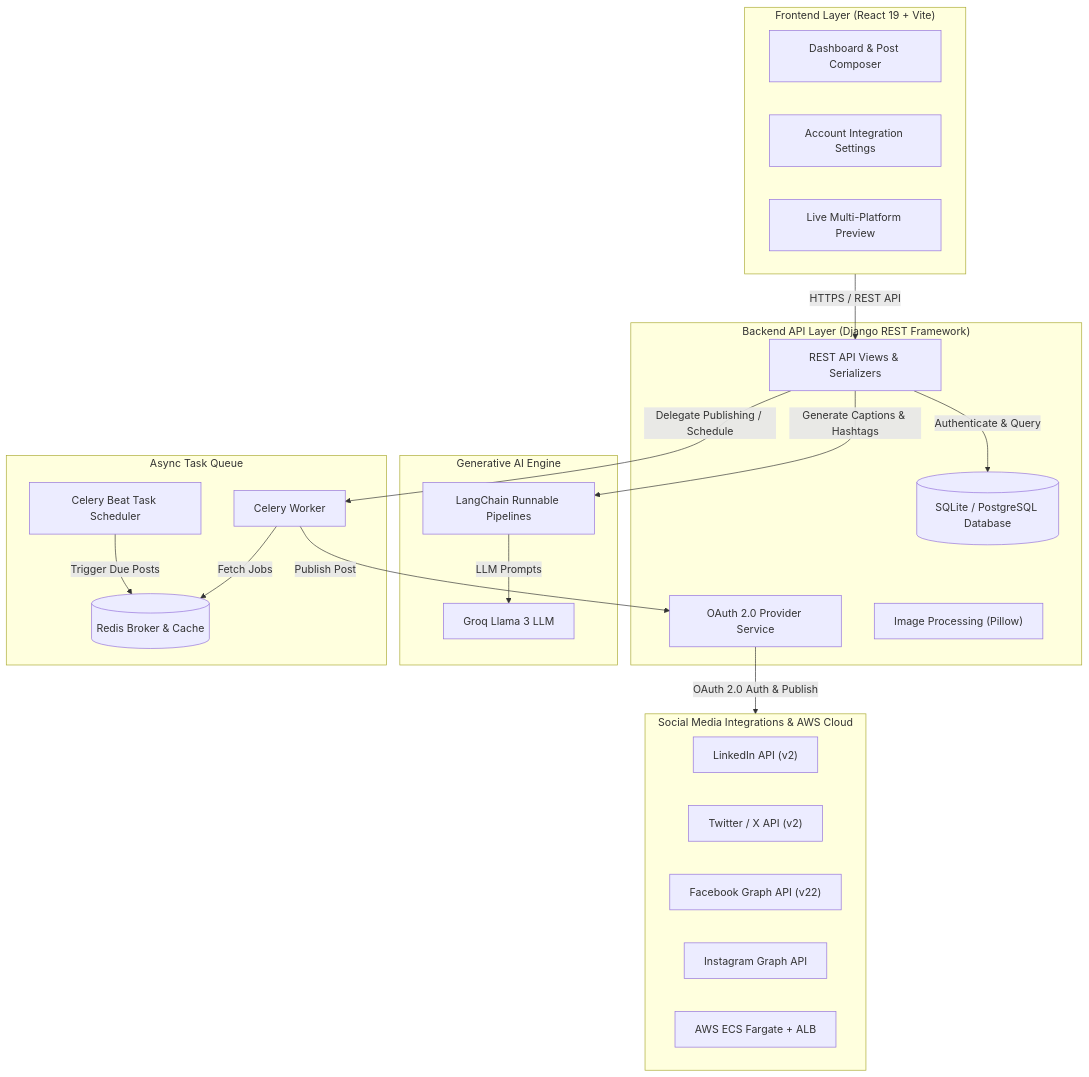
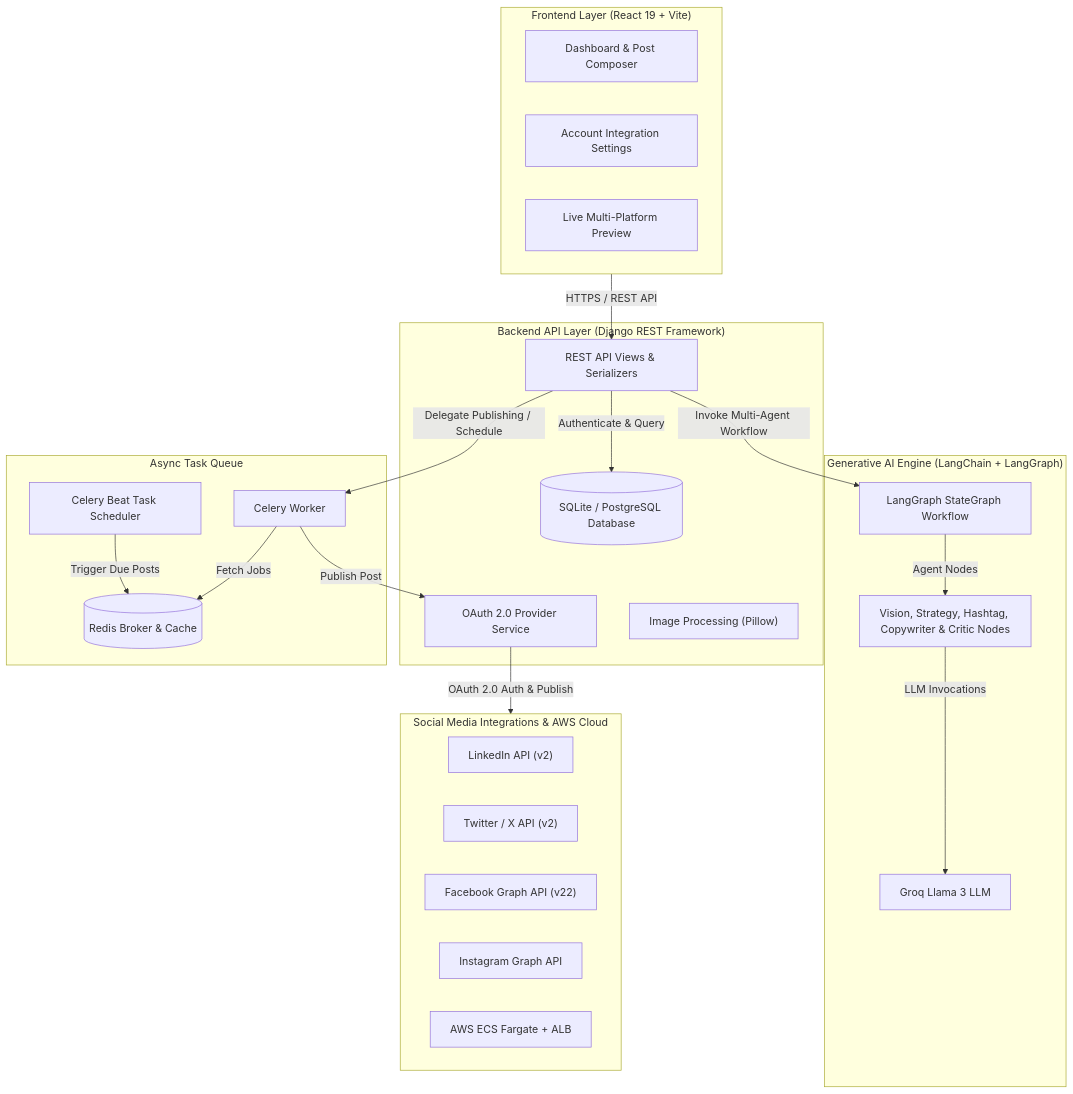
Before and after one commit to vyshnavivissa/SocialMediaAI: the second of 2 diagrams in README.md, drawn with Mermaid. The commit also changed other lines of this file and 1 other file, not shown here.

Commit message:
docs: update README and architecture diagram to highlight LangChain and LangGraph Multi-Agent StateGraph architecture

````diff
--- a/README.md
+++ b/README.md
@@ -44,44 +60,46 @@
 ```mermaid
 graph TD
     subgraph Client ["Frontend Layer (React 19 + Vite)"]
         UI["Dashboard & Post Composer"]
         Settings["Account Integration Settings"]
         Preview["Live Multi-Platform Preview"]
     end
 
     subgraph Backend ["Backend API Layer (Django REST Framework)"]
         API["REST API Views & Serializers"]
         OAuthService["OAuth 2.0 Provider Service"]
         ImageService["Image Processing (Pillow)"]
         DB[("SQLite / PostgreSQL Database")]
     end
 
-    subgraph AI ["Generative AI Engine"]
-        LC["LangChain Runnable Pipelines"]
+    subgraph AI ["Generative AI Engine (LangChain + LangGraph)"]
+        LG["LangGraph StateGraph Workflow"]
+        Nodes["Vision, Strategy, Hashtag, Copywriter & Critic Nodes"]
         Groq["Groq Llama 3 LLM"]
     end
 
     subgraph Async ["Async Task Queue"]
         Redis[("Redis Broker & Cache")]
         CeleryWorker["Celery Worker"]
         CeleryBeat["Celery Beat Task Scheduler"]
     end
 
     subgraph Social ["Social Media Integrations & AWS Cloud"]
         LinkedIn["LinkedIn API (v2)"]
         Twitter["Twitter / X API (v2)"]
         Facebook["Facebook Graph API (v22)"]
         Instagram["Instagram Graph API"]
         AWS["AWS ECS Fargate + ALB"]
     end
 
     Client -->|HTTPS / REST API| API
     API -->|Authenticate & Query| DB
-    API -->|Generate Captions & Hashtags| LC
-    LC -->|LLM Prompts| Groq
+    API -->|Invoke Multi-Agent Workflow| LG
+    LG -->|Agent Nodes| Nodes
+    Nodes -->|LLM Invocations| Groq
     API -->|Delegate Publishing / Schedule| CeleryWorker
     CeleryBeat -->|Trigger Due Posts| Redis
     CeleryWorker -->|Fetch Jobs| Redis
     CeleryWorker -->|Publish Post| OAuthService
     OAuthService -->|OAuth 2.0 Auth & Publish| Social
 ```
````
